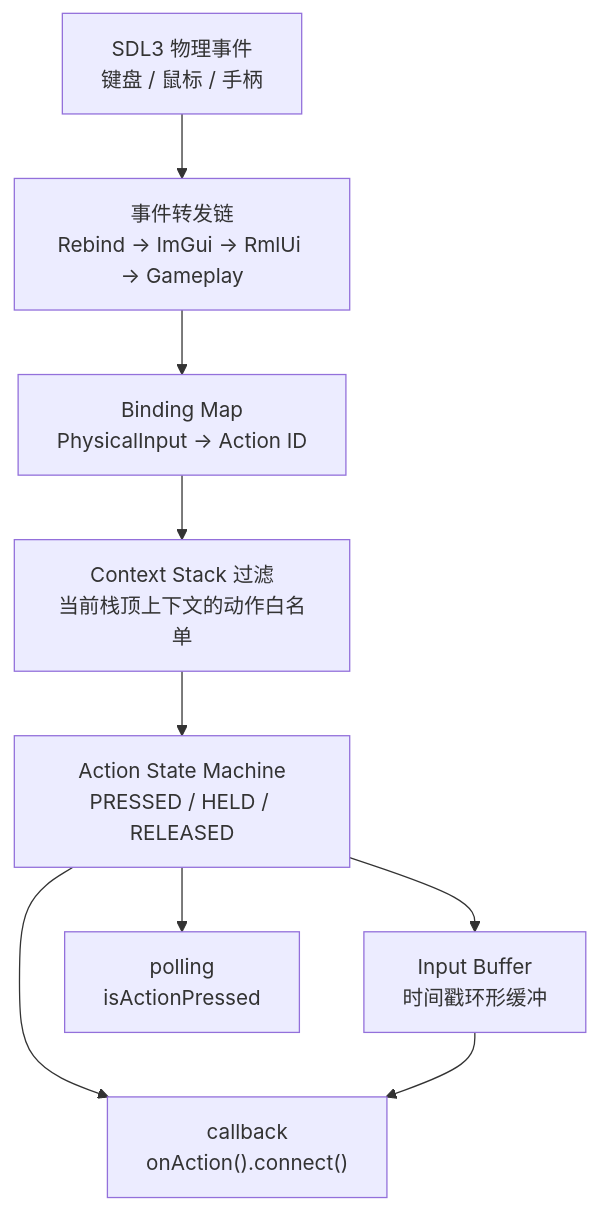
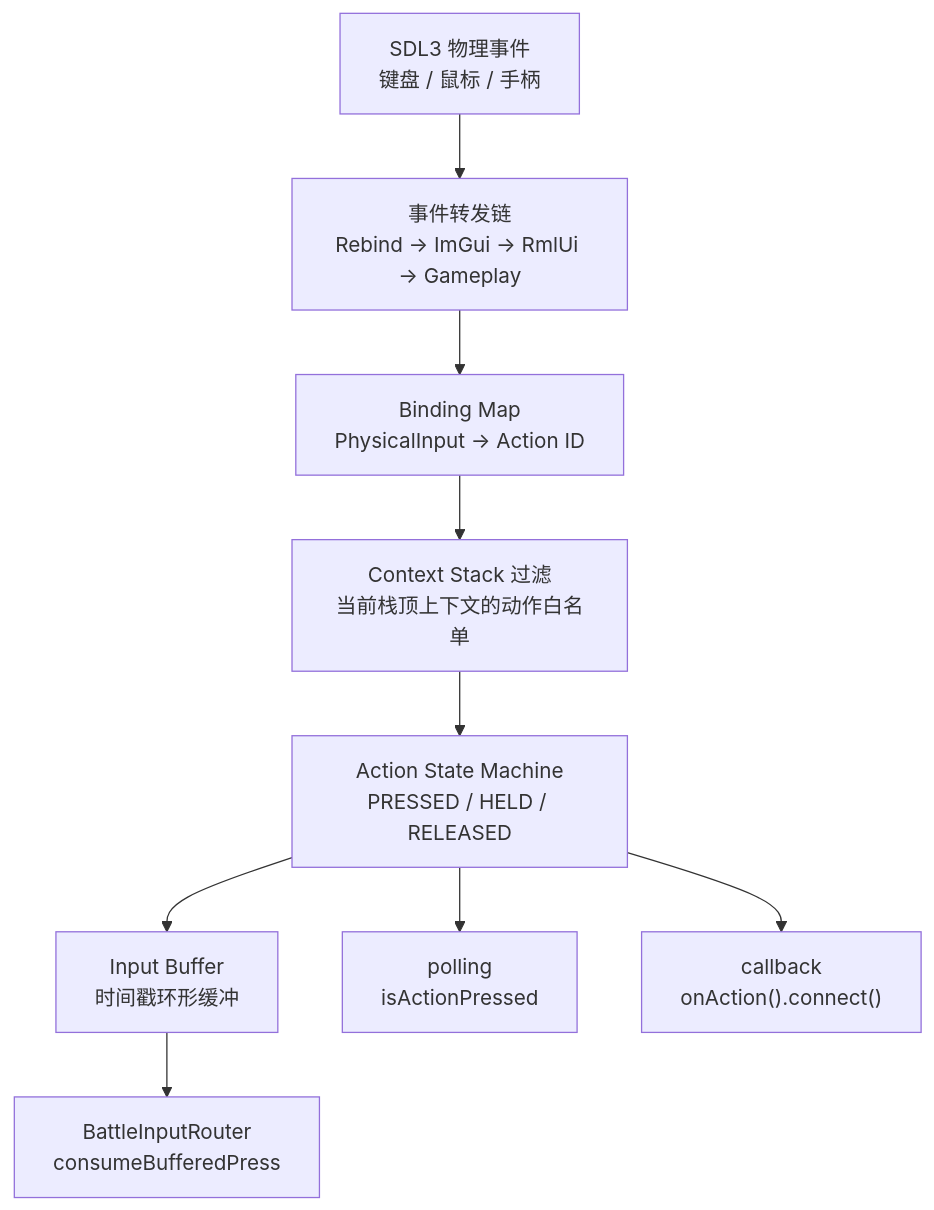
The first of 6 diagrams in lecture_plans/lectures/05-输入上下文与菜单导航.md (WispSnow/TinyFarmRPG), drawn with Mermaid before and after one commit. The commit also changed other lines of this file and 7 other files, not shown here.

````diff
--- a/lecture_plans/lectures/05-输入上下文与菜单导航.md
+++ b/lecture_plans/lectures/05-输入上下文与菜单导航.md
@@ -43,11 +43,11 @@
 ```mermaid
 flowchart TB
     SDL["SDL3 物理事件<br/>键盘 / 鼠标 / 手柄"] --> FWD["事件转发链<br/>Rebind → ImGui → RmlUi → Gameplay"]
     FWD --> BM["Binding Map<br/>PhysicalInput → Action ID"]
     BM --> CTX["Context Stack 过滤<br/>当前栈顶上下文的动作白名单"]
     CTX --> SM["Action State Machine<br/>PRESSED / HELD / RELEASED"]
     SM --> BUF["Input Buffer<br/>时间戳环形缓冲"]
     SM --> POLL["polling<br/>isActionPressed"]
     SM --> CB["callback<br/>onAction().connect()"]
-    BUF --> CB
+    BUF --> ROUTER["BattleInputRouter<br/>consumeBufferedPress"]
 ```
````
